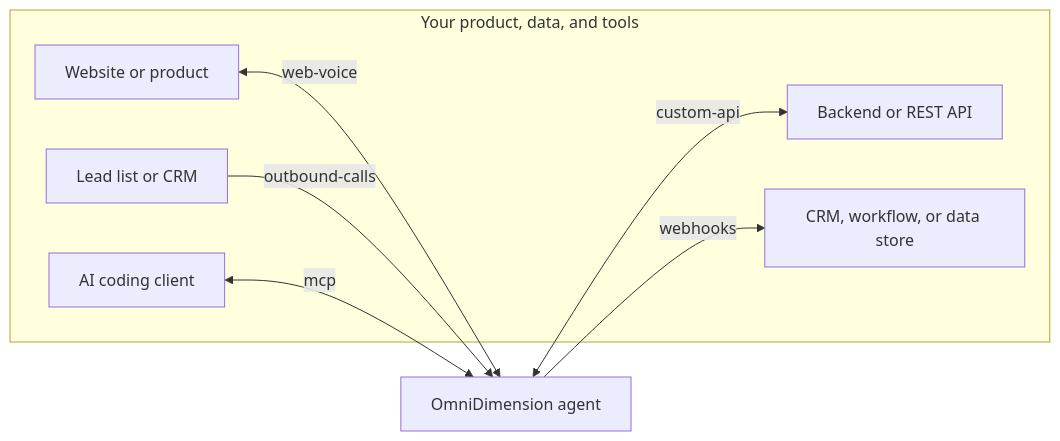
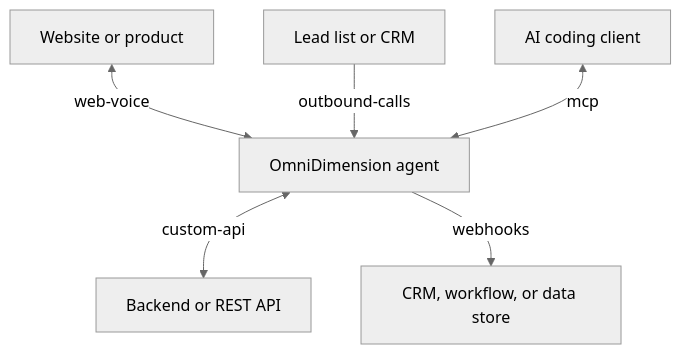
Before and after one commit to Omnidim/examples: the diagram in README.md, drawn with Mermaid. The commit also changed other lines of this file, not shown here.

````diff
--- a/README.md
+++ b/README.md
@@ -38,18 +89,9 @@
 ```mermaid
-flowchart LR
-  subgraph Systems[Your product, data, and tools]
-    Website[Website or product]
-    API[Backend or REST API]
-    Leads[Lead list or CRM]
-    Outcome[CRM, workflow, or data store]
-    Client[AI coding client]
-  end
-
-  Agent[OmniDimension agent]
-
-  Website <--> |web-voice| Agent
-  Agent <--> |custom-api| API
-  Leads --> |outbound-calls| Agent
-  Agent --> |webhooks| Outcome
-  Client <--> |mcp| Agent
+%%{init: {'theme': 'neutral'}}%%
+flowchart TB
+  Website[Website or product] <--> |web-voice| Agent[OmniDimension agent]
+  Agent <--> |custom-api| Backend[Backend or REST API]
+  Leads[Lead list or CRM] --> |outbound-calls| Agent
+  Agent --> |webhooks| Destination[CRM, workflow, or data store]
+  Client[AI coding client] <--> |mcp| Agent
 ```
````
